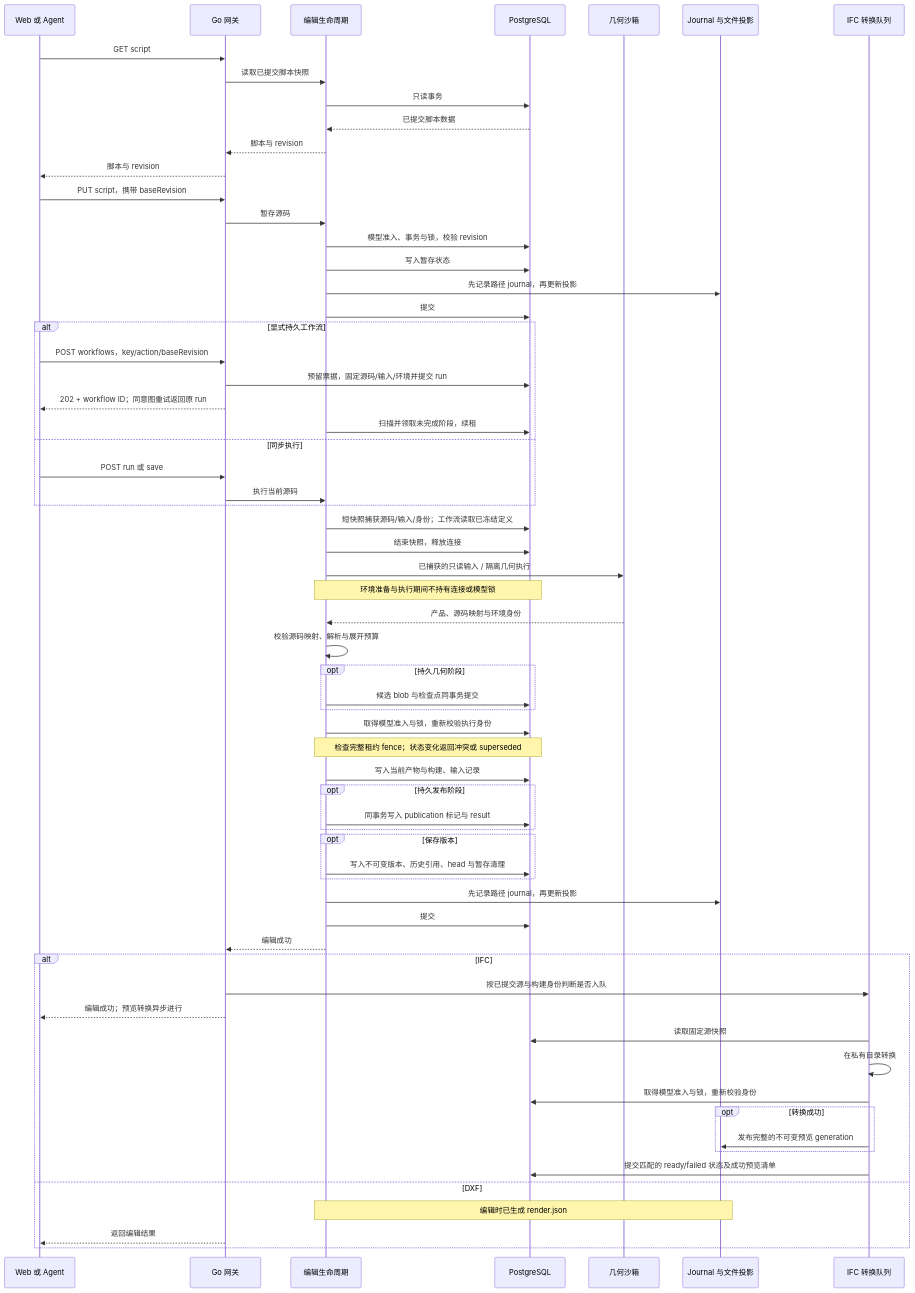
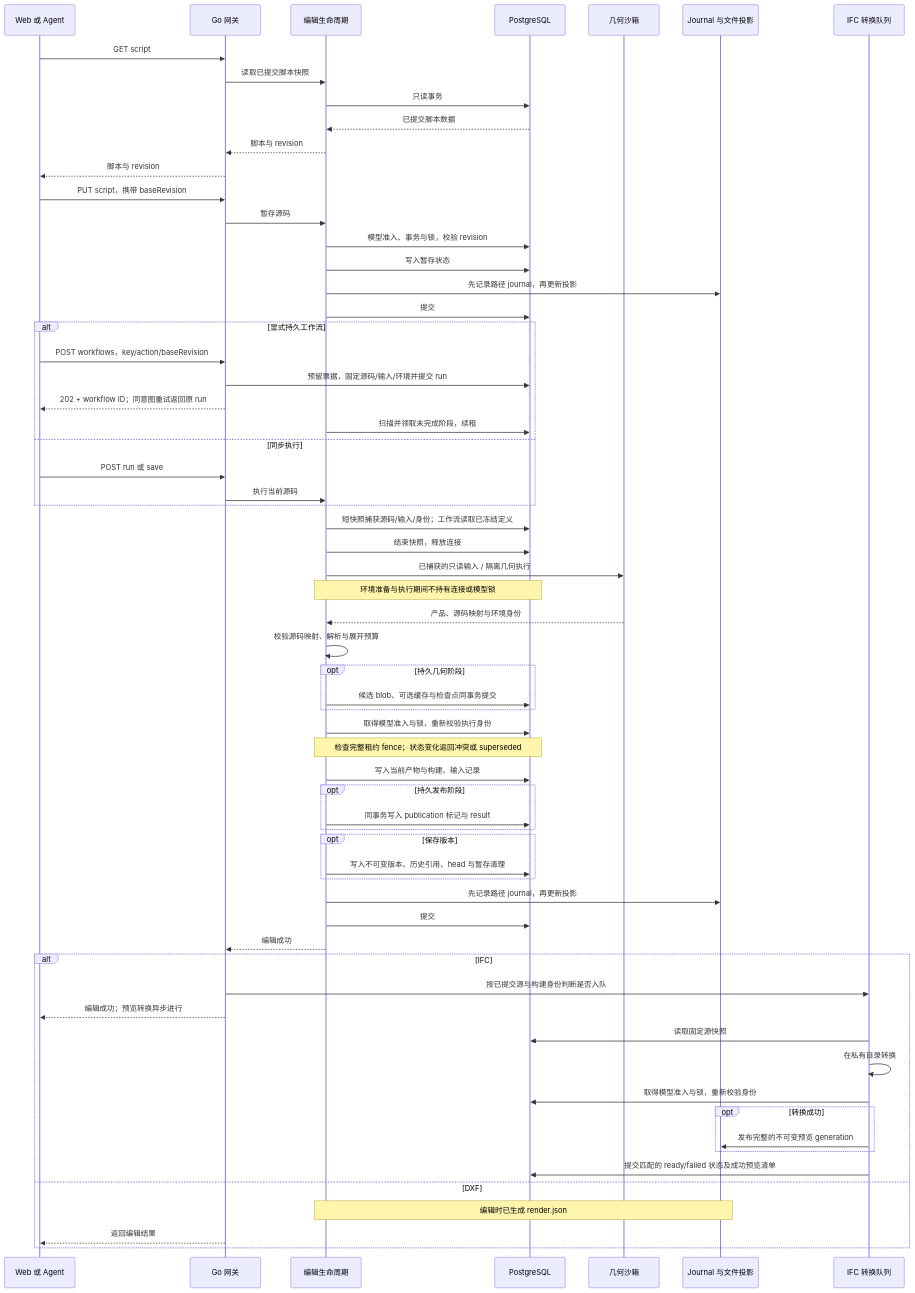
One commit to 0702hjj/SourceAEC changed the second of 3 diagrams in README.zh-CN.md. Above: the diagram before and after it, drawn with Mermaid. The commit also changed other lines of this file and 41 other files, not shown here.

````diff
--- a/README.zh-CN.md
+++ b/README.zh-CN.md
@@ -80,66 +82,66 @@
 ```mermaid
 sequenceDiagram
     participant U as Web 或 Agent
     participant A as Go 网关
     participant E as 编辑生命周期
     participant P as PostgreSQL
     participant S as 几何沙箱
     participant F as Journal 与文件投影
     participant Q as IFC 转换队列
     U->>A: GET script
     A->>E: 读取已提交脚本快照
     E->>P: 只读事务
     P-->>E: 已提交脚本数据
     E-->>A: 脚本与 revision
     A-->>U: 脚本与 revision
     U->>A: PUT script，携带 baseRevision
     A->>E: 暂存源码
     E->>P: 模型准入、事务与锁，校验 revision
     E->>P: 写入暂存状态
     E->>F: 先记录路径 journal，再更新投影
     E->>P: 提交
     alt 显式持久工作流
         U->>A: POST workflows，key/action/baseRevision
         A->>P: 预留票据，固定源码/输入/环境并提交 run
         A-->>U: 202 + workflow ID；同意图重试返回原 run
         E->>P: 扫描并领取未完成阶段，续租
     else 同步执行
         U->>A: POST run 或 save
         A->>E: 执行当前源码
     end
     E->>P: 短快照捕获源码/输入/身份；工作流读取已冻结定义
     E->>P: 结束快照，释放连接
     E->>S: 已捕获的只读输入 / 隔离几何执行
     Note over E,P: 环境准备与执行期间不持有连接或模型锁
     S-->>E: 产品、源码映射与环境身份
     E->>E: 校验源码映射、解析与展开预算
     opt 持久几何阶段
-        E->>P: 候选 blob 与检查点同事务提交
+        E->>P: 候选 blob、可选缓存与检查点同事务提交
     end
     E->>P: 取得模型准入与锁，重新校验执行身份
     Note over E,P: 检查完整租约 fence；状态变化返回冲突或 superseded
     E->>P: 写入当前产物与构建、输入记录
     opt 持久发布阶段
         E->>P: 同事务写入 publication 标记与 result
     end
     opt 保存版本
         E->>P: 写入不可变版本、历史引用、head 与暂存清理
     end
     E->>F: 先记录路径 journal，再更新投影
     E->>P: 提交
     E-->>A: 编辑成功
     alt IFC
         A->>Q: 按已提交源与构建身份判断是否入队
         A-->>U: 编辑成功；预览转换异步进行
         Q->>P: 读取固定源快照
         Q->>Q: 在私有目录转换
         Q->>P: 取得模型准入与锁，重新校验身份
         opt 转换成功
             Q->>F: 发布完整的不可变预览 generation
         end
         Q->>P: 提交匹配的 ready/failed 状态及成功预览清单
     else DXF
         Note over E,F: 编辑时已生成 render.json
         A-->>U: 返回编辑结果
     end
 ```
````
